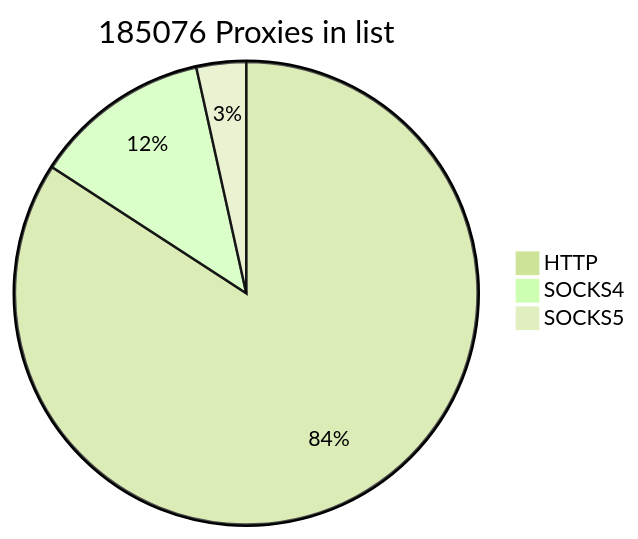
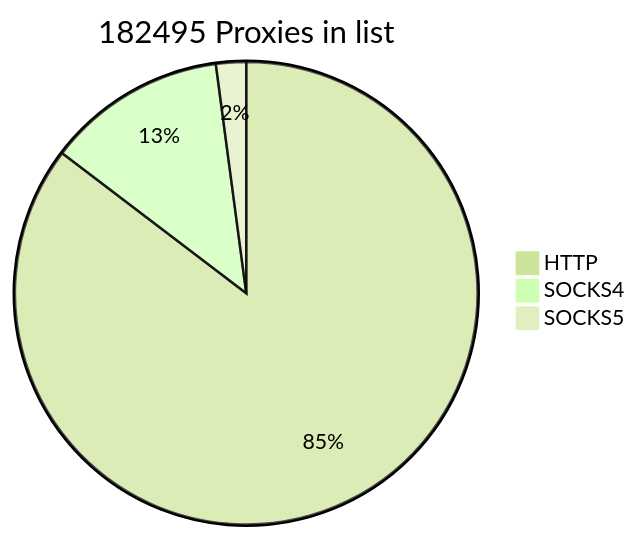
The first of 2 diagrams in README.md (cutipu/proxylist), drawn with Mermaid (forest theme) before and after one commit. The commit also changed other lines of this file, not shown here.

````diff
--- a/README.md
+++ b/README.md
@@ -2,7 +2,7 @@
 ```mermaid
-pie title 185076 Proxies in list
-    "HTTP" : 155775
+pie title 182495 Proxies in list
+    "HTTP" : 155774
     "SOCKS4" : 22884
-    "SOCKS5" : 6417
+    "SOCKS5" : 3837
             
 ```
````
